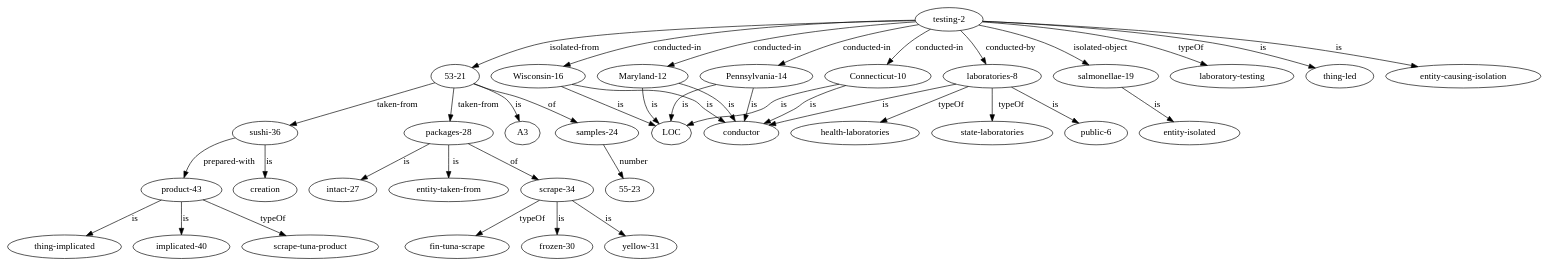
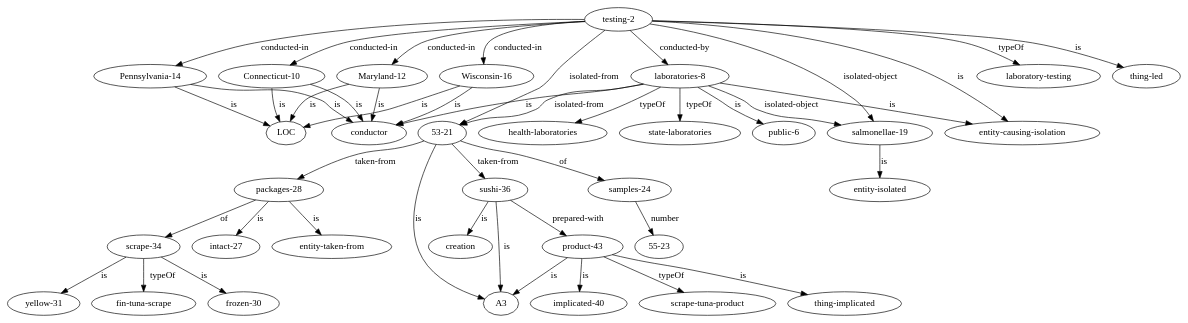
The diagram in code/input/gephi.dot (adreena/SemanticRoleMiner), drawn with Graphviz before and after one commit. The commit also changed 46 other files, not shown here.

```diff
--- a/code/input/gephi.dot
+++ b/code/input/gephi.dot
@@ -1,41 +1,46 @@
 digraph sample {
 "53-21" -> "packages-28" [ label = "taken-from" ];
 "53-21" -> "A3" [ label = "is" ];
 "product-43" -> "thing-implicated" [ label = "is" ];
+"Wisconsin-16" -> "LOC" [ label = " is " ];
 "Connecticut-10" -> "LOC" [ label = " is " ];
-"testing-2" -> "Pennsylvania-14" [ label = "conducted-in" ];
 "salmonellae-19" -> "entity-isolated" [ label = "is" ];
-"53-21" -> "samples-24" [ label = "of" ];
+"sushi-36" -> "A3" [ label = " is " ];
 "Pennsylvania-14" -> "conductor" [ label = "is" ];
+"laboratories-8" -> "entity-causing-isolation" [ label = " is " ];
 "packages-28" -> "entity-taken-from" [ label = " is " ];
 "Maryland-12" -> "conductor" [ label = "is" ];
 "53-21" -> "sushi-36" [ label = "taken-from" ];
 "scrape-34" -> "fin-tuna-scrape" [ label = " typeOf " ];
 "testing-2" -> "laboratory-testing" [ label = " typeOf " ];
 "samples-24" -> "55-23" [ label = "number" ];
 "scrape-34" -> "frozen-30" [ label = "is" ];
 "testing-2" -> "salmonellae-19" [ label = "isolated-object" ];
+"53-21" -> "samples-24" [ label = "of" ];
 "laboratories-8" -> "health-laboratories" [ label = " typeOf " ];
 "packages-28" -> "scrape-34" [ label = "of" ];
 "testing-2" -> "53-21" [ label = "isolated-from" ];
 "laboratories-8" -> "state-laboratories" [ label = " typeOf " ];
 "laboratories-8" -> "public-6" [ label = "is" ];
 "testing-2" -> "thing-led" [ label = "is" ];
 "testing-2" -> "Maryland-12" [ label = "conducted-in" ];
 "product-43" -> "implicated-40" [ label = "is" ];
 "laboratories-8" -> "conductor" [ label = "is" ];
 "sushi-36" -> "product-43" [ label = "prepared-with" ];
 "Connecticut-10" -> "conductor" [ label = "is" ];
+"laboratories-8" -> "salmonellae-19" [ label = "isolated-object" ];
+"laboratories-8" -> "53-21" [ label = "isolated-from" ];
 "sushi-36" -> "creation" [ label = "is" ];
 "Maryland-12" -> "LOC" [ label = " is " ];
+"testing-2" -> "Pennsylvania-14" [ label = "conducted-in" ];
 "Wisconsin-16" -> "conductor" [ label = "is" ];
 "testing-2" -> "entity-causing-isolation" [ label = "is" ];
 "scrape-34" -> "yellow-31" [ label = "is" ];
 "testing-2" -> "Connecticut-10" [ label = "conducted-in" ];
 "packages-28" -> "intact-27" [ label = "is" ];
+"product-43" -> "A3" [ label = " is " ];
 "testing-2" -> "laboratories-8" [ label = "conducted-by" ];
 "Pennsylvania-14" -> "LOC" [ label = " is " ];
-"Wisconsin-16" -> "LOC" [ label = " is " ];
 "testing-2" -> "Wisconsin-16" [ label = "conducted-in" ];
 "product-43" -> "scrape-tuna-product" [ label = " typeOf " ];
 }
```
